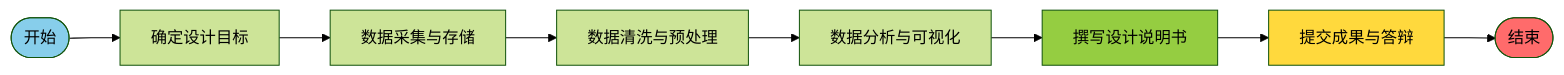
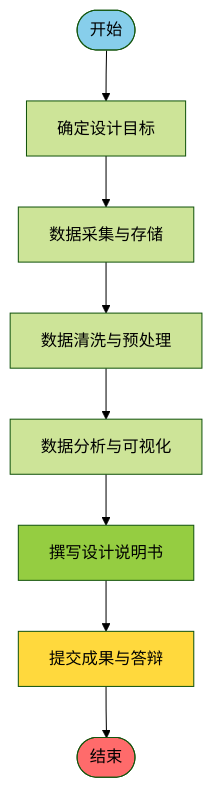
The diagram in all/未命名-7.md (may3rr/iodraw-files), drawn with Mermaid (forest theme) before and after one commit.

Commit message:
2024-11-22 12:56:41 update

````diff
--- a/all/未命名-7.md
+++ b/all/未命名-7.md
@@ -1,16 +1,16 @@
 ```mermaid
-flowchart LR
+flowchart TD
     A([开始]) --> B[确定设计目标]
     B --> C[数据采集与存储]
     C --> D[数据清洗与预处理]
     D --> E[数据分析与可视化]
     E --> F[撰写设计说明书]
     F --> G[提交成果与答辩]
     G --> Z([结束])
 
     style A fill:#87CEEB
     style Z fill:#FF6B6B
     style G fill:#FFD93D
     style F fill:#95CD41
 
 ```
````
